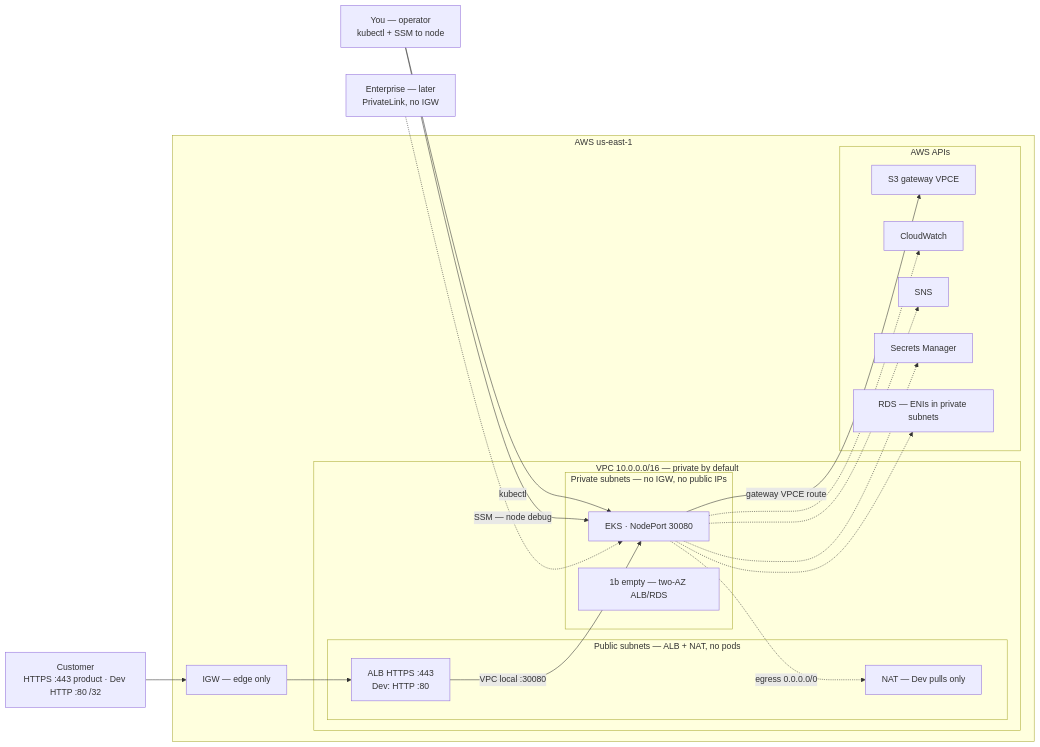
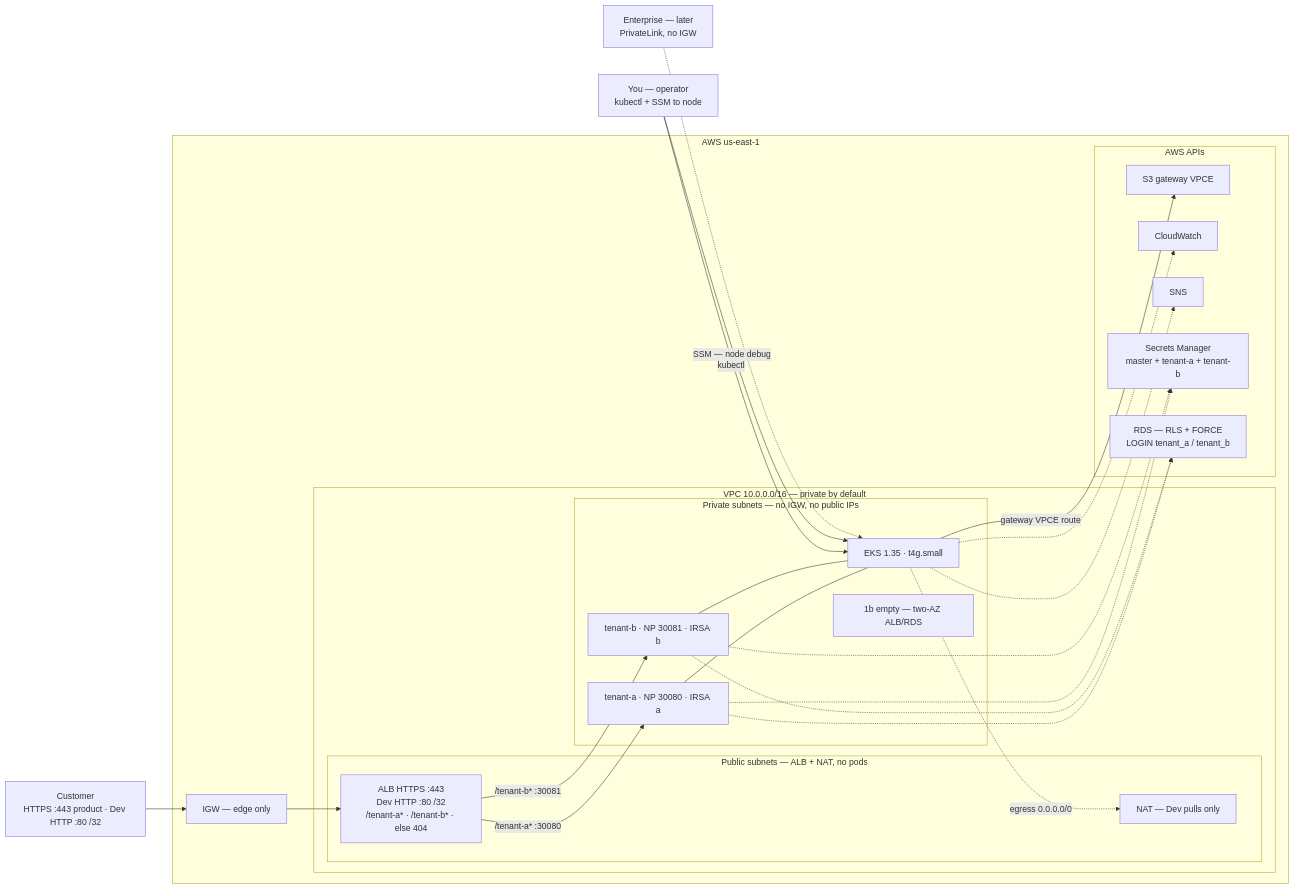
One commit to agileqatester/saas-ntier-lab changed the diagram in architecture.mmd. Above: the diagram before and after it, drawn with Mermaid. The commit also changed 23 other files, not shown here.

First line of the commit message:
Add Postgres RLS, path-based ALB, and per-tenant IRSA.

```diff
--- a/architecture.mmd
+++ b/architecture.mmd
@@ -1,40 +1,48 @@
 %% saas-ntier-lab — paste into draw.io: Arrange → Insert → Advanced → Mermaid
+%% GitHub README uses architecture.jpg (SVG does not render as the README image).
 flowchart LR
   Customer["Customer<br/>HTTPS :443 product · Dev HTTP :80 /32"]
   You["You — operator<br/>kubectl + SSM to node"]
   Enterprise["Enterprise — later<br/>PrivateLink, no IGW"]
 
   subgraph aws["AWS us-east-1"]
     IGW["IGW — edge only"]
 
     subgraph vpc["VPC 10.0.0.0/16 — private by default"]
       subgraph edge["Public subnets — ALB + NAT, no pods"]
-        ALB["ALB HTTPS :443<br/>Dev: HTTP :80"]
+        ALB["ALB HTTPS :443<br/>Dev HTTP :80 /32<br/>/tenant-a* · /tenant-b* · else 404"]
         NAT["NAT — Dev pulls only"]
       end
       subgraph priv["Private subnets — no IGW, no public IPs"]
-        EKS["EKS · NodePort 30080"]
+        EKS["EKS 1.35 · t4g.small"]
+        TA["tenant-a · NP 30080 · IRSA a"]
+        TB["tenant-b · NP 30081 · IRSA b"]
         PrivB["1b empty — two-AZ ALB/RDS"]
       end
     end
 
     subgraph managed["AWS APIs"]
       S3GW["S3 gateway VPCE"]
       CW[CloudWatch]
       SNS[SNS]
-      SM[Secrets Manager]
-      RDS["RDS — ENIs in private subnets"]
+      SM["Secrets Manager<br/>master + tenant-a + tenant-b"]
+      RDS["RDS — RLS + FORCE<br/>LOGIN tenant_a / tenant_b"]
     end
   end
 
   Customer --> IGW --> ALB
-  ALB -->|"VPC local :30080"| EKS
+  ALB -->|"/tenant-a* :30080"| TA
+  ALB -->|"/tenant-b* :30081"| TB
+  TA --- EKS
+  TB --- EKS
   You -->|kubectl| EKS
   You -->|"SSM — node debug"| EKS
   EKS -.->|"egress 0.0.0.0/0"| NAT
   EKS -->|"gateway VPCE route"| S3GW
   EKS -.-> CW
   EKS -.-> SNS
-  EKS -.-> SM
-  EKS -.-> RDS
+  TA -.-> SM
+  TB -.-> SM
+  TA -.-> RDS
+  TB -.-> RDS
   Enterprise -.-> EKS
```
